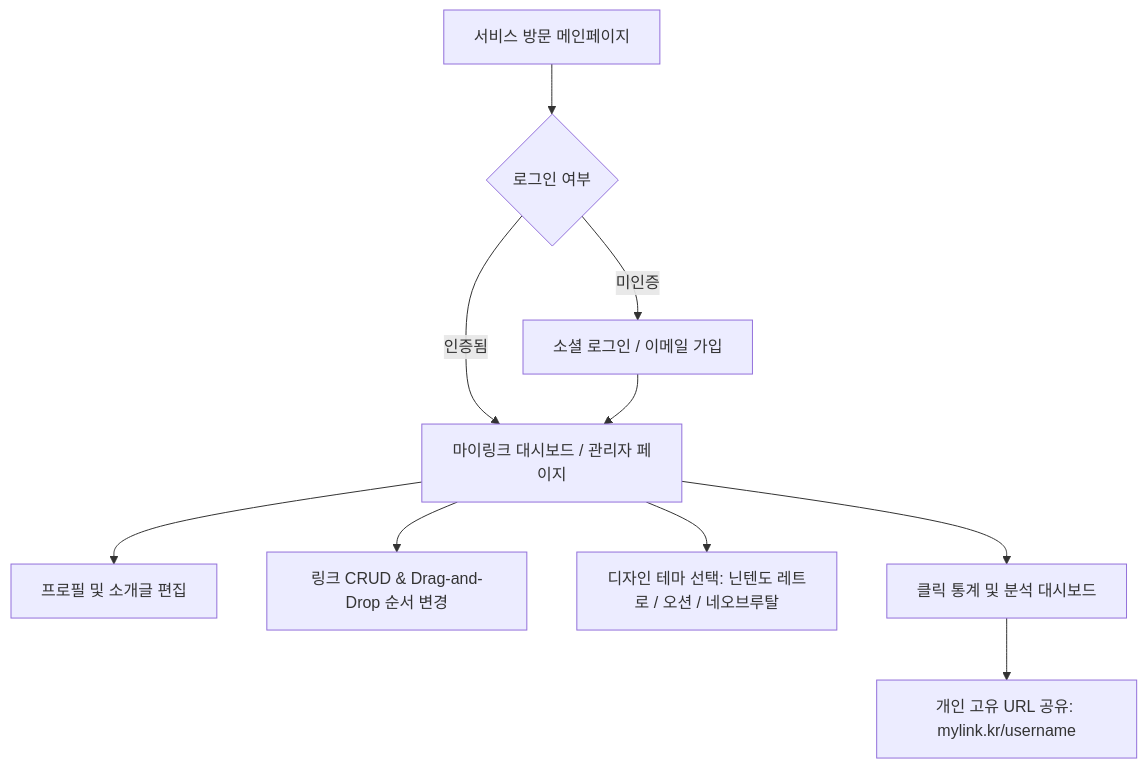
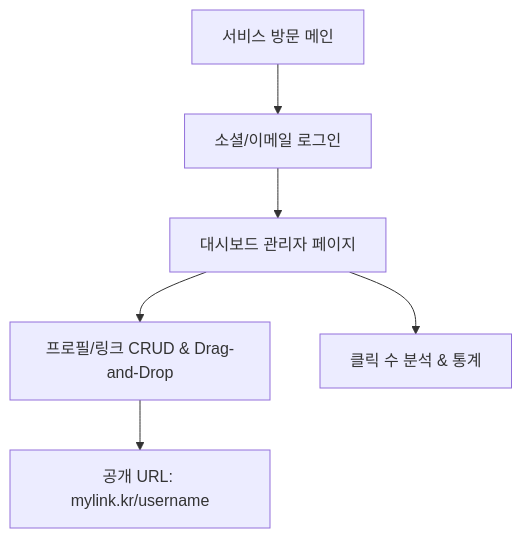
Before and after one commit to tkflrnstk/mylink: the second of 2 diagrams in docs/PRD.md, drawn with Mermaid. The commit also changed other lines of this file, not shown here.

````diff
--- a/docs/PRD.md
+++ b/docs/PRD.md
@@ -28,12 +33,8 @@
 ```mermaid
 graph TD
-    A[서비스 방문 메인페이지] --> B{로그인 여부}
-    B -- 미인증 --> C[소셜 로그인 / 이메일 가입]
-    B -- 인증됨 --> D[마이링크 대시보드 / 관리자 페이지]
-    C --> D
-    D --> E[프로필 및 소개글 편집]
-    D --> F[링크 CRUD & Drag-and-Drop 순서 변경]
-    D --> G[디자인 테마 선택: 닌텐도 레트로 / 오션 / 네오브루탈]
-    D --> H[클릭 통계 및 분석 대시보드]
-    H --> I[개인 고유 URL 공유: mylink.kr/username]
+    A[서비스 방문 메인] --> B[소셜/이메일 로그인]
+    B --> C[대시보드 관리자 페이지]
+    C --> D[프로필/링크 CRUD & Drag-and-Drop]
+    C --> E[클릭 수 분석 & 통계]
+    D --> F[공개 URL: mylink.kr/username]
 ```
````
